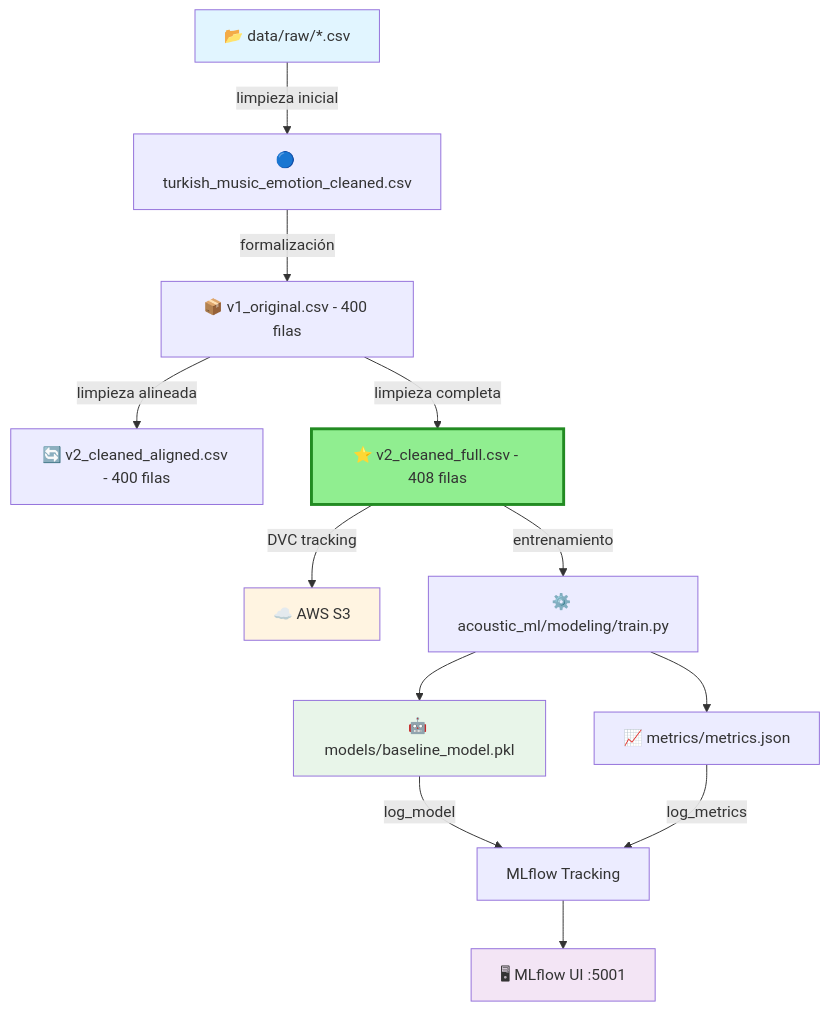
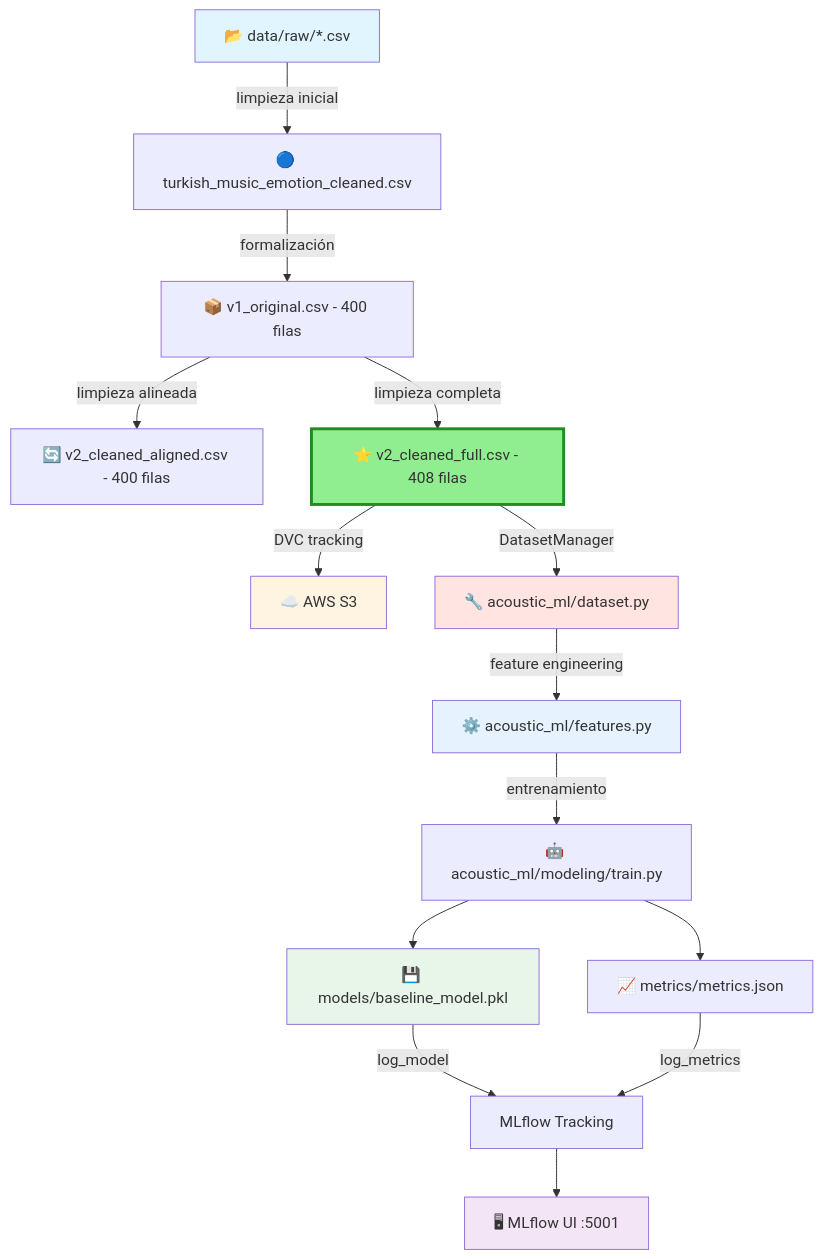
The diagram in README.md (jrebull/MLOps_Team24), drawn with Mermaid before and after one commit. The commit also changed other lines of this file, not shown here.

````diff
--- a/README.md
+++ b/README.md
@@ -537,21 +1056,25 @@
 ```mermaid
 flowchart TD
     A[📂 data/raw/*.csv] -->|limpieza inicial| B[🔵 turkish_music_emotion_cleaned.csv]
     B -->|formalización| C[📦 v1_original.csv - 400 filas]
     C -->|limpieza alineada| D[🔄 v2_cleaned_aligned.csv - 400 filas]
     C -->|limpieza completa| E[⭐ v2_cleaned_full.csv - 408 filas]
     
     E -->|DVC tracking| F[☁️ AWS S3]
-    E -->|entrenamiento| G[⚙️ acoustic_ml/modeling/train.py]
-    G --> H[🤖 models/baseline_model.pkl]
-    G --> I[📈 metrics/metrics.json]
-    H -->|log_model| J[MLflow Tracking]
-    I -->|log_metrics| J
-    J --> K[🖥 MLflow UI :5001]
+    E -->|DatasetManager| G[🔧 acoustic_ml/dataset.py]
+    G -->|feature engineering| H[⚙️ acoustic_ml/features.py]
+    H -->|entrenamiento| I[🤖 acoustic_ml/modeling/train.py]
+    I --> J[💾 models/baseline_model.pkl]
+    I --> K[📈 metrics/metrics.json]
+    J -->|log_model| L[MLflow Tracking]
+    K -->|log_metrics| L
+    L --> M[🖥 MLflow UI :5001]
     
     style E fill:#90EE90,stroke:#228B22,stroke-width:3px
     style A fill:#e1f5ff
     style F fill:#fff4e1
-    style H fill:#e8f5e9
-    style K fill:#f3e5f5
+    style J fill:#e8f5e9
+    style M fill:#f3e5f5
+    style G fill:#ffe4e1
+    style H fill:#e6f3ff
 ```
````
